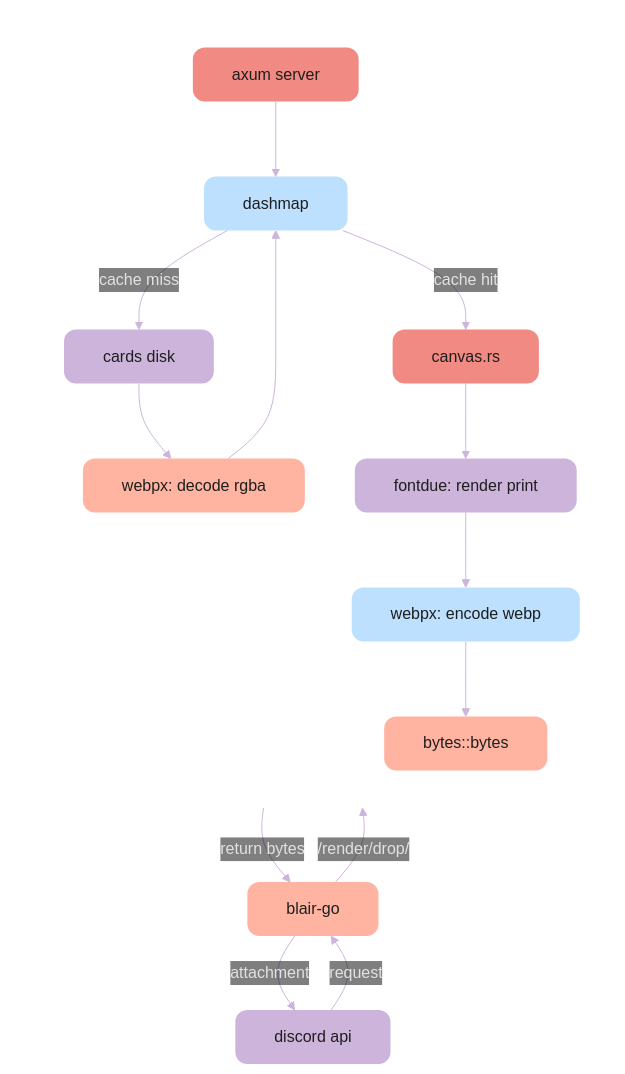
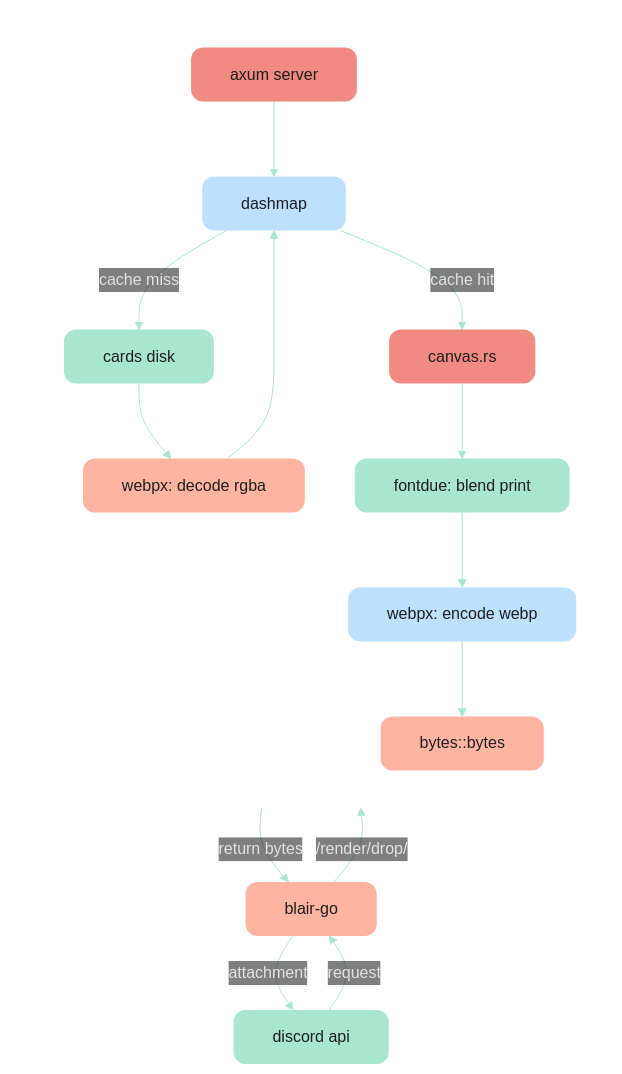
One commit to clarinep/sumi changed the diagram in README.md. Above: the diagram before and after it, drawn with Mermaid. The commit also changed other lines of this file, not shown here.

````diff
--- a/README.md
+++ b/README.md
@@ -51,57 +51,57 @@
 ```mermaid
 ---
 config:
   theme: base
   themeVariables:
     background: "transparent"
     clusterBkg: "transparent"
     clusterBorder: "transparent"
-    lineColor: "#cdb4db"
+    lineColor: "#a8e6cf"
     primaryTextColor: "#e2e2e2"
     edgeLabelBackground: "transparent"
     fontFamily: "ui-sans-serif, system-ui, sans-serif"
   padding: 30
   flowchart:
     curve: basis
 ---
 flowchart TD
     discord["&nbsp;&nbsp;discord api&nbsp;&nbsp;"]
     blair["&nbsp;&nbsp;blair-go&nbsp;&nbsp;"]
 
     subgraph sumi[" "]
         direction TB
         server["&nbsp;&nbsp;axum server&nbsp;&nbsp;"]
         cache["&nbsp;&nbsp;dashmap&nbsp;&nbsp;"]
         disk["&nbsp;&nbsp;cards disk&nbsp;&nbsp;"]
         decode["&nbsp;&nbsp;webpx: decode rgba&nbsp;&nbsp;"]
         canvas["&nbsp;&nbsp;canvas.rs&nbsp;&nbsp;"]
-        fontdue["&nbsp;&nbsp;fontdue: render print&nbsp;&nbsp;"]
+        fontdue["&nbsp;&nbsp;fontdue: blend print&nbsp;&nbsp;"]
         encode["&nbsp;&nbsp;webpx: encode webp&nbsp;&nbsp;"]
         output["&nbsp;&nbsp;bytes::bytes&nbsp;&nbsp;"]
     end
 
     discord -- request --> blair
     blair -- /render/drop/ --> server
 
     server --> cache
     cache -- cache miss --> disk
     disk --> decode
     decode --> cache
     cache -- cache hit --> canvas
     canvas --> fontdue
     fontdue --> encode
     encode --> output
 
     output -- return bytes --> blair
     blair -- attachment --> discord
 
-    classDef base fill:#cdb4db,stroke:none,color:#1e1e1e,rx:12,ry:12
+    classDef base fill:#a8e6cf,stroke:none,color:#1e1e1e,rx:12,ry:12
     classDef peach fill:#ffb4a2,stroke:none,color:#1e1e1e,rx:12,ry:12
     classDef coral fill:#f18a83,stroke:none,color:#1e1e1e,rx:12,ry:12
     classDef blue fill:#bde0fe,stroke:none,color:#1e1e1e,rx:12,ry:12
 
     class discord,disk,fontdue base
     class blair,decode,output peach
     class server,canvas coral
     class cache,encode blue
 ```
````
